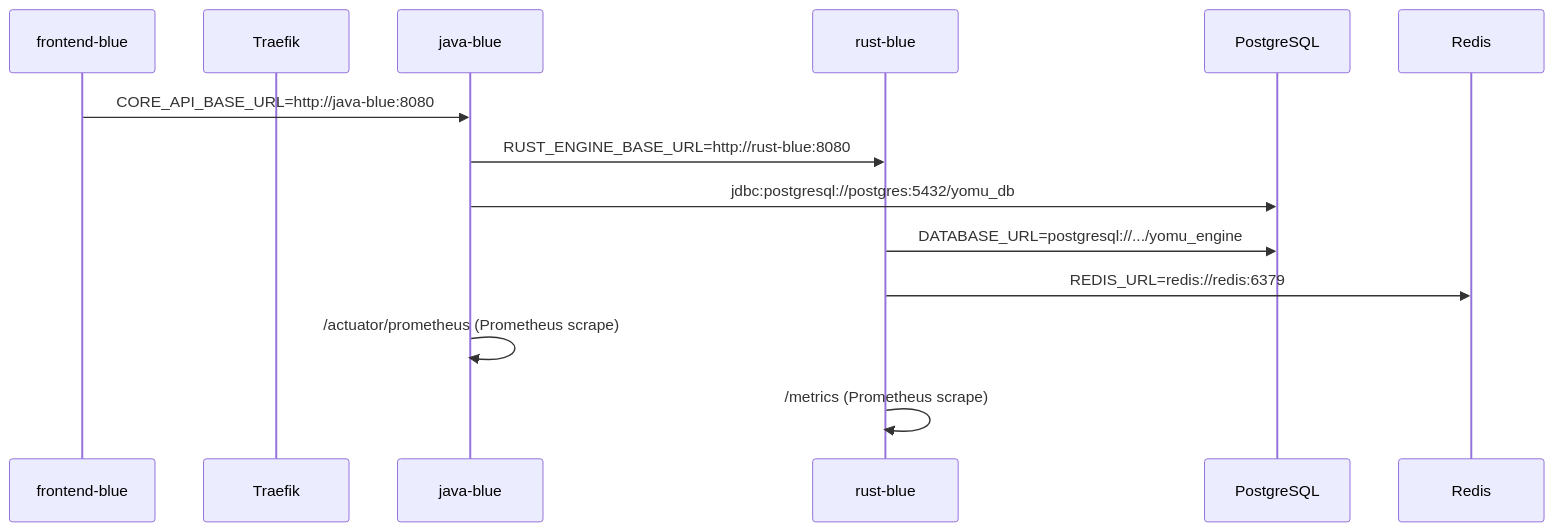
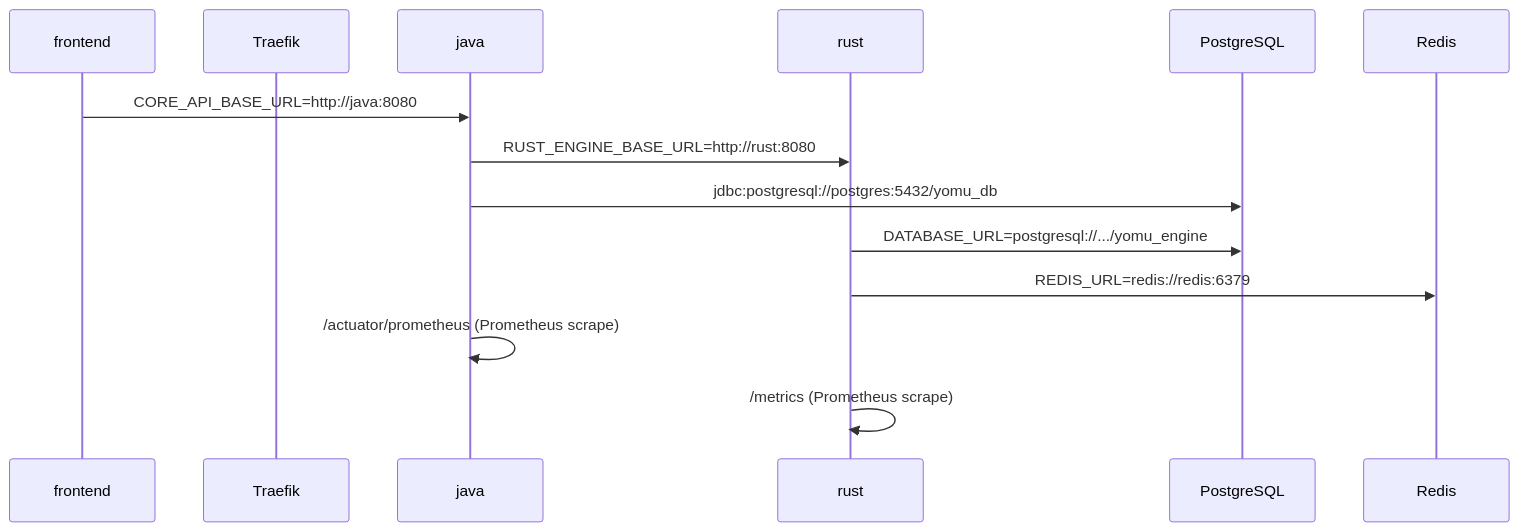
The second of 3 diagrams in content/docs/deployment/network.mdx (advprog-2026-A14-project/yomu-docs), drawn with Mermaid before and after one commit. The commit also changed other lines of this file and 10 other files, not shown here.

````diff
--- a/content/docs/deployment/network.mdx
+++ b/content/docs/deployment/network.mdx
@@ -96,17 +113,17 @@
 ```mermaid
 sequenceDiagram
-    participant FE as frontend-blue
+    participant FE as frontend
     participant TF as Traefik
-    participant JB as java-blue
-    participant RB as rust-blue
+    participant JB as java
+    participant RB as rust
     participant PG as PostgreSQL
     participant RD as Redis
 
-    FE->>JB: CORE_API_BASE_URL=http://java-blue:8080
-    JB->>RB: RUST_ENGINE_BASE_URL=http://rust-blue:8080
+    FE->>JB: CORE_API_BASE_URL=http://java:8080
+    JB->>RB: RUST_ENGINE_BASE_URL=http://rust:8080
     JB->>PG: jdbc:postgresql://postgres:5432/yomu_db
     RB->>PG: DATABASE_URL=postgresql://.../yomu_engine
     RB->>RD: REDIS_URL=redis://redis:6379
     JB->>JB: /actuator/prometheus (Prometheus scrape)
     RB->>RB: /metrics (Prometheus scrape)
 ```
````
